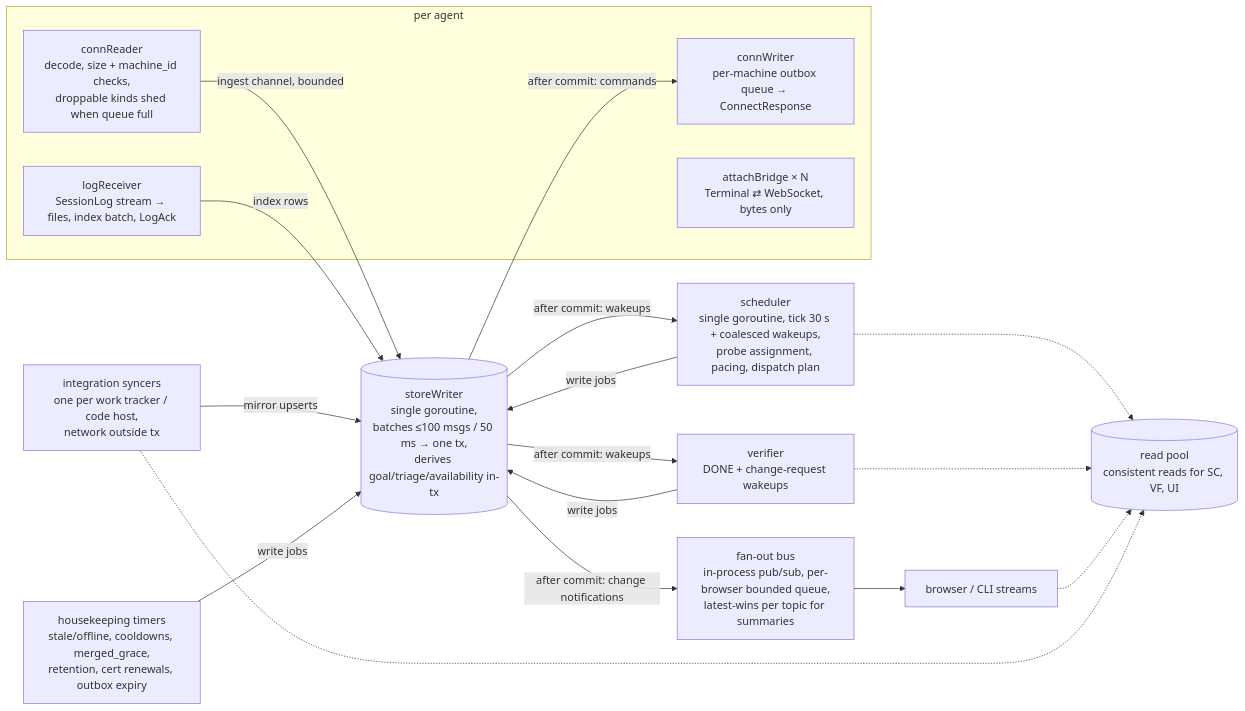
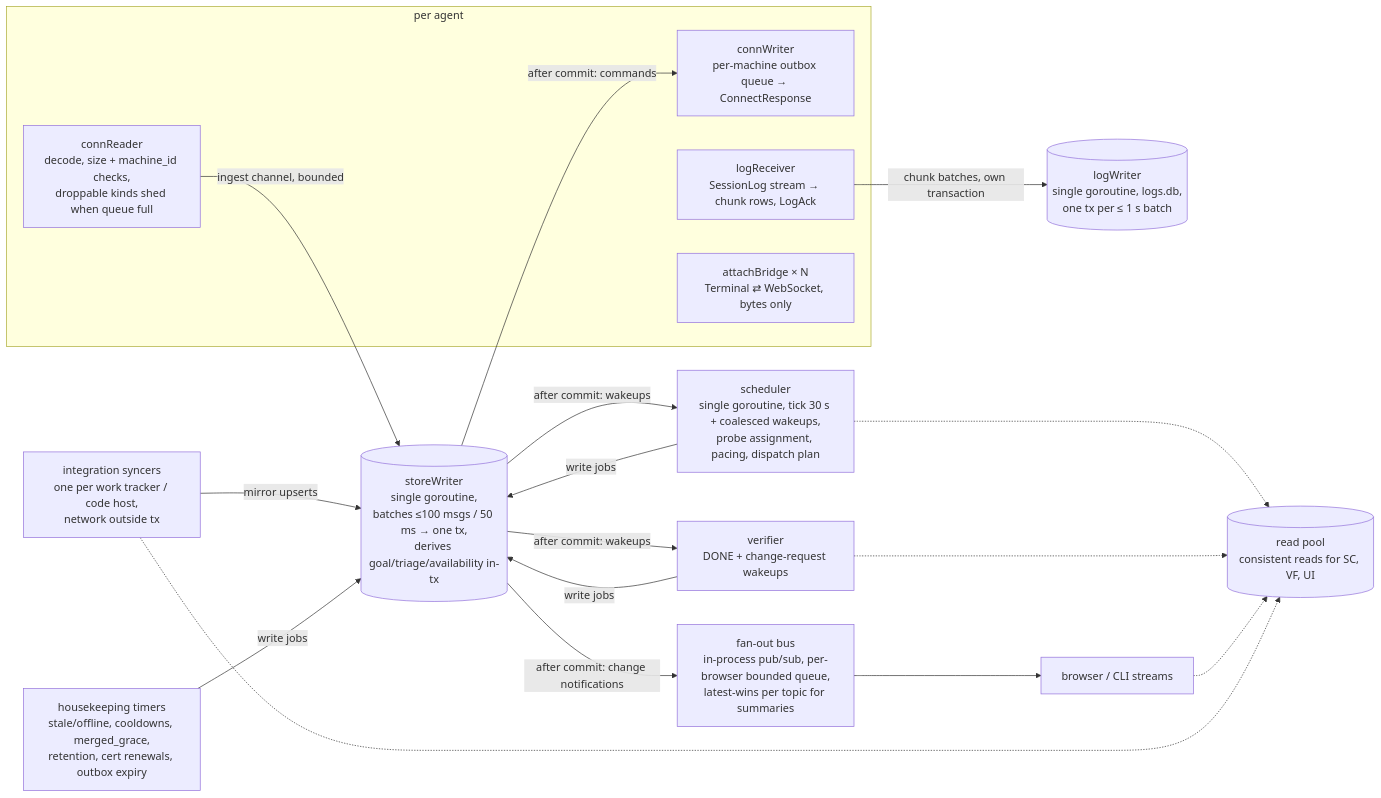
Before and after one commit to linuxdynasty/fleet-board: the diagram in docs/specs/03f-hub-internals.md, drawn with Mermaid. The commit also changed other lines of this file and 100 other files, not shown here.

First line of the commit message:
feat(api): contract review fixes, ADR 0019 and flow diagrams (#22)

````diff
--- a/docs/specs/03f-hub-internals.md
+++ b/docs/specs/03f-hub-internals.md
@@ -12,25 +12,25 @@
 ```mermaid
 flowchart LR
   subgraph per agent
     CR[connReader<br/>decode, size + machine_id checks,<br/>droppable kinds shed when queue full]
     CW[connWriter<br/>per-machine outbox queue → ConnectResponse]
-    LR[logReceiver<br/>SessionLog stream → files, index batch, LogAck]
+    LR[logReceiver<br/>SessionLog stream → chunk rows, LogAck]
     AB[attachBridge × N<br/>Terminal ⇄ WebSocket, bytes only]
   end
   CR -->|ingest channel, bounded| WR[(storeWriter<br/>single goroutine,<br/>batches ≤100 msgs / 50 ms → one tx,<br/>derives goal/triage/availability in-tx)]
-  LR -->|index rows| WR
+  LR -->|chunk batches, own transaction| LW[(logWriter<br/>single goroutine, logs.db,<br/>one tx per ≤ 1 s batch)]
   SY[integration syncers<br/>one per work tracker / code host,<br/>network outside tx] -->|mirror upserts| WR
   SC["scheduler<br/>single goroutine, tick 30 s + coalesced wakeups,<br/>probe assignment, pacing, dispatch plan"] -->|write jobs| WR
   VF[verifier<br/>DONE + change-request wakeups] -->|write jobs| WR
   HK[housekeeping timers<br/>stale/offline, cooldowns, merged_grace,<br/>retention, cert renewals, outbox expiry] -->|write jobs| WR
   WR -->|after commit: commands| CW
   WR -->|after commit: wakeups| SC
   WR -->|after commit: wakeups| VF
   WR -->|after commit: change notifications| FO[fan-out bus<br/>in-process pub/sub, per-browser bounded queue,<br/>latest-wins per topic for summaries]
   FO --> UI[browser / CLI streams]
   RP[(read pool<br/>consistent reads for SC, VF, UI)]
   SC -.-> RP
   VF -.-> RP
   UI -.-> RP
   SY -.-> RP
 ```
````
